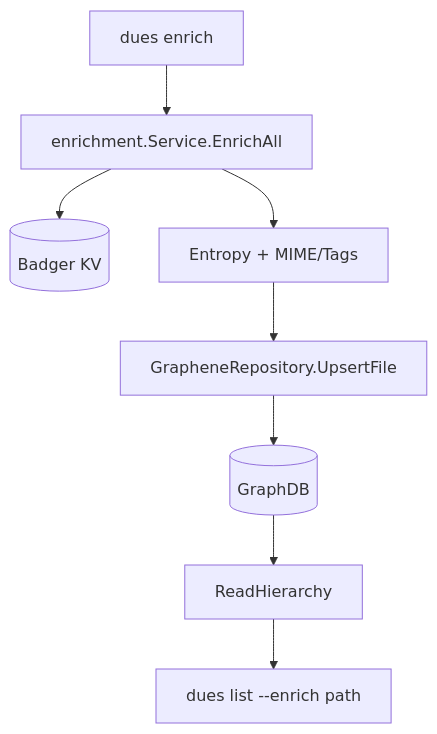
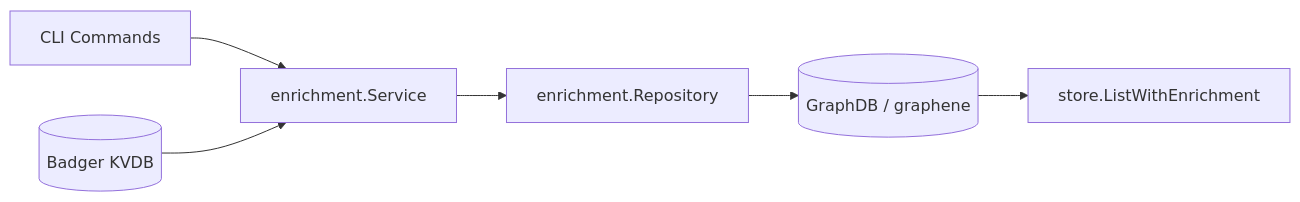
The first of 4 diagrams in ENRICHMENT_LLD.md (aoiflux/indicer), drawn with Mermaid before and after one commit. The commit also changed other lines of this file, not shown here.

Commit message:
update enrichment lld

````diff
--- a/ENRICHMENT_LLD.md
+++ b/ENRICHMENT_LLD.md
@@ -31,11 +64,15 @@
 ```mermaid
-flowchart TD
-    CLI[dues enrich] --> SVC[enrichment.Service.EnrichAll]
-    SVC --> KV[(Badger KV)]
-    SVC --> ENT[Entropy + MIME/Tags]
-    ENT --> REPO[GrapheneRepository.UpsertFile]
-    REPO --> G[(GraphDB)]
+flowchart LR
+    CLI[CLI Commands]
+    KV[(Badger KVDB)]
+    SVC[enrichment.Service]
+    REPO[enrichment.Repository]
+    GDB[(GraphDB / graphene)]
+    LIST[store.ListWithEnrichment]
 
-    G --> RH[ReadHierarchy]
-    RH --> LIST[dues list --enrich path]
+    CLI --> SVC
+    KV --> SVC
+    SVC --> REPO
+    REPO --> GDB
+    GDB --> LIST
 ```
````
